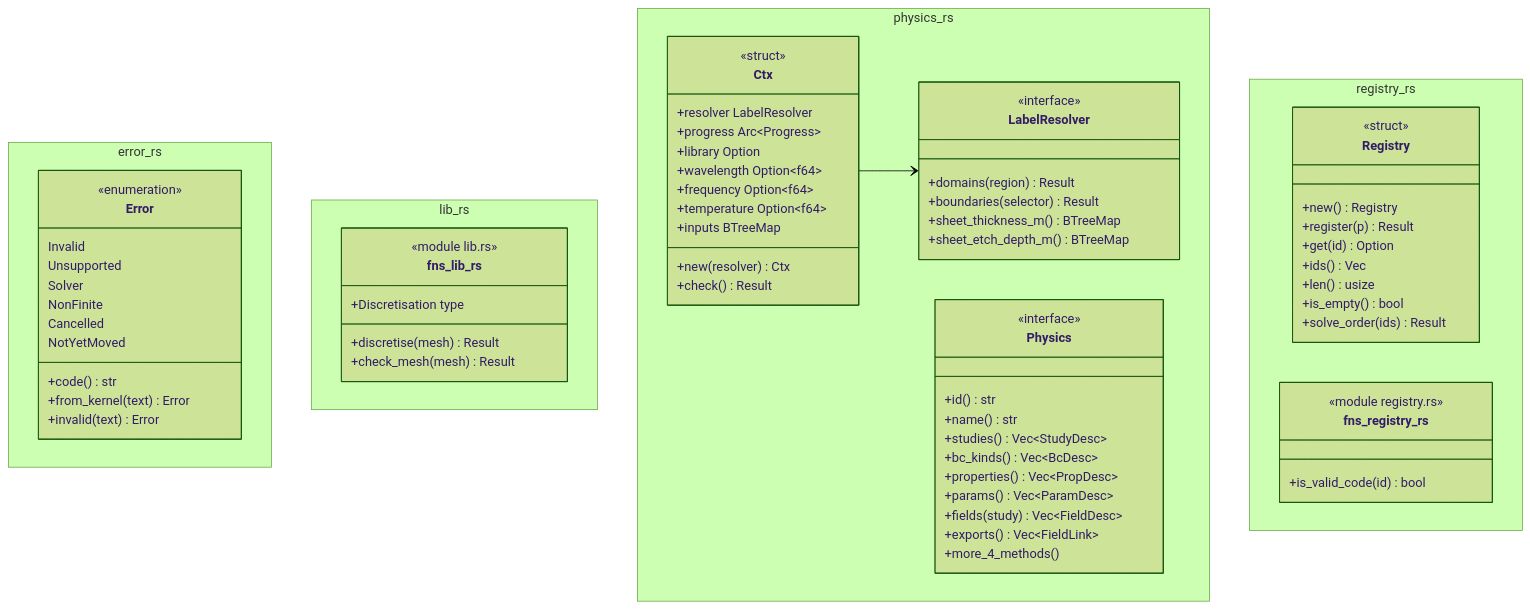
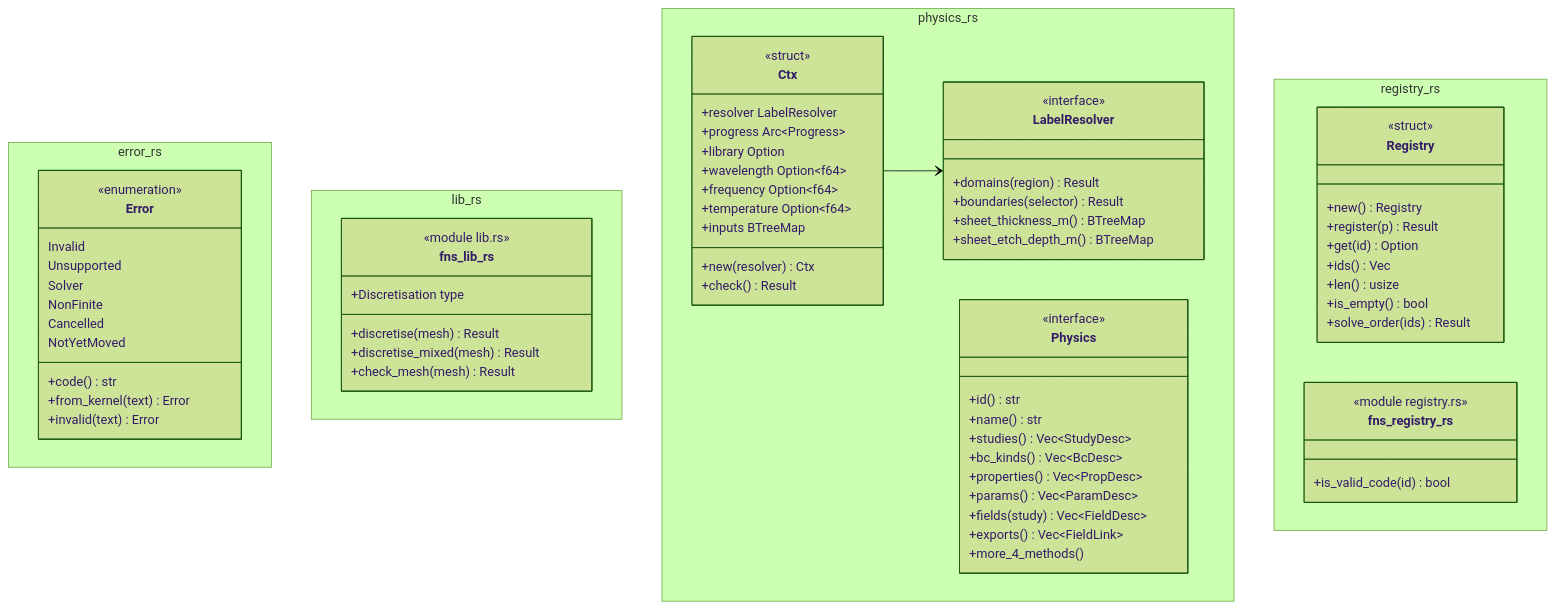
The diagram in docs/architecture/c4/4-code/physics/trait.md (p-j-r/nyx), drawn with Mermaid (forest theme) before and after one commit. The commit also changed other lines of this file and 110 other files, not shown here.

````diff
--- a/docs/architecture/c4/4-code/physics/trait.md
+++ b/docs/architecture/c4/4-code/physics/trait.md
@@ -81,75 +85,76 @@
 ```mermaid
 classDiagram
   namespace error_rs {
     class Error {
         <<enumeration>>
         Invalid
         Unsupported
         Solver
         NonFinite
         Cancelled
         NotYetMoved
         +code() str
         +from_kernel(text) Error
         +invalid(text) Error
     }
   }
   namespace lib_rs {
     class fns_lib_rs {
         <<module lib.rs>>
         +discretise(mesh) Result
+        +discretise_mixed(mesh) Result
         +check_mesh(mesh) Result
         +Discretisation type
     }
   }
   namespace physics_rs {
     class LabelResolver {
         <<interface>>
         +domains(region) Result
         +boundaries(selector) Result
         +sheet_thickness_m() BTreeMap
         +sheet_etch_depth_m() BTreeMap
     }
     class Ctx {
         <<struct>>
         +resolver LabelResolver
         +progress Arc~Progress~
         +library Option
         +wavelength Option~f64~
         +frequency Option~f64~
         +temperature Option~f64~
         +inputs BTreeMap
         +new(resolver) Ctx
         +check() Result
     }
     class Physics {
         <<interface>>
         +id() str
         +name() str
         +studies() Vec~StudyDesc~
         +bc_kinds() Vec~BcDesc~
         +properties() Vec~PropDesc~
         +params() Vec~ParamDesc~
         +fields(study) Vec~FieldDesc~
         +exports() Vec~FieldLink~
         +more_4_methods()
     }
   }
   namespace registry_rs {
     class Registry {
         <<struct>>
         +new() Registry
         +register(p) Result
         +get(id) Option
         +ids() Vec
         +len() usize
         +is_empty() bool
         +solve_order(ids) Result
     }
     class fns_registry_rs {
         <<module registry.rs>>
         +is_valid_code(id) bool
     }
   }
   Ctx --> LabelResolver
 ```
````
